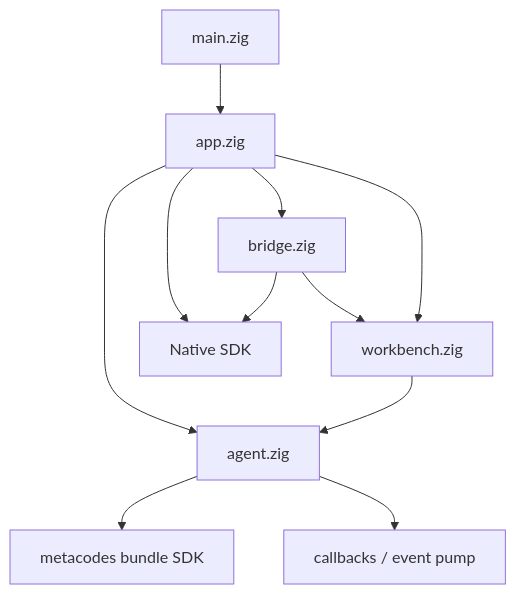
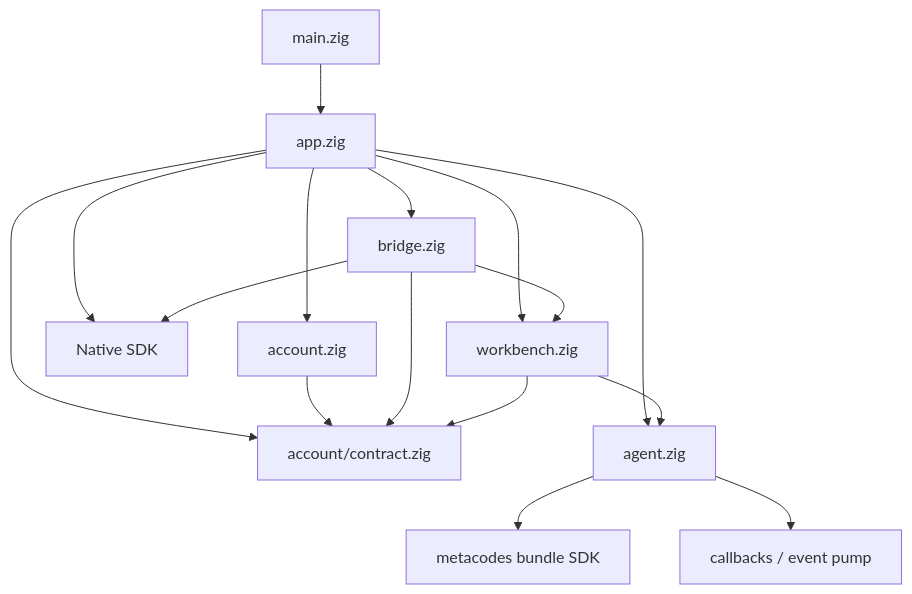
The second of 2 diagrams in docs/project-structure.md (metask-ai/metawork), drawn with Mermaid before and after one commit. The commit also changed other lines of this file and 10 other files, not shown here.

Commit message:
feat(account): establish Metask account contract

````diff
--- a/docs/project-structure.md
+++ b/docs/project-structure.md
@@ -346,13 +362,18 @@
 ```mermaid
 flowchart TB
     MAIN["main.zig"] --> APP["app.zig"]
+    APP --> ACCOUNT["account.zig"]
+    APP --> CONTRACT["account/contract.zig"]
     APP --> AGENT["agent.zig"]
     APP --> NATIVE["Native SDK"]
     APP --> BRIDGE["bridge.zig"]
     APP --> WB["workbench.zig"]
+    ACCOUNT --> CONTRACT
+    BRIDGE --> CONTRACT
+    WB --> CONTRACT
     BRIDGE --> NATIVE
     BRIDGE --> WB
     WB --> AGENT
     AGENT --> SDK["metacodes bundle SDK"]
     AGENT --> PUMP["callbacks / event pump"]
 ```
````
